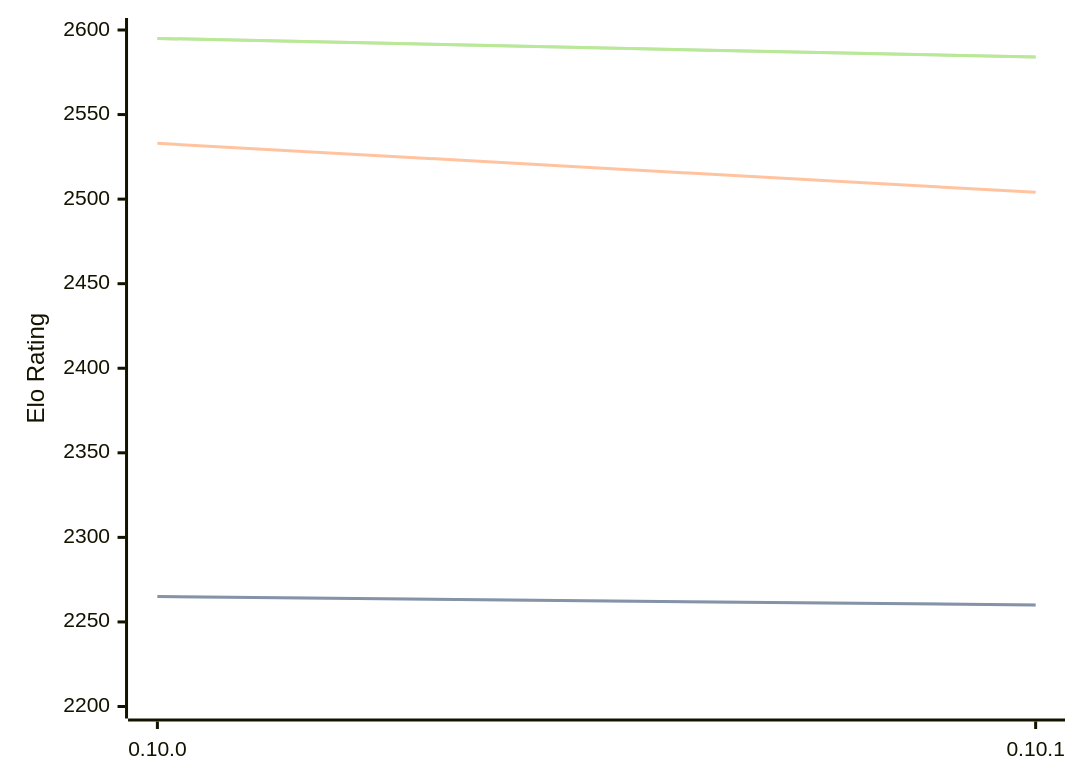
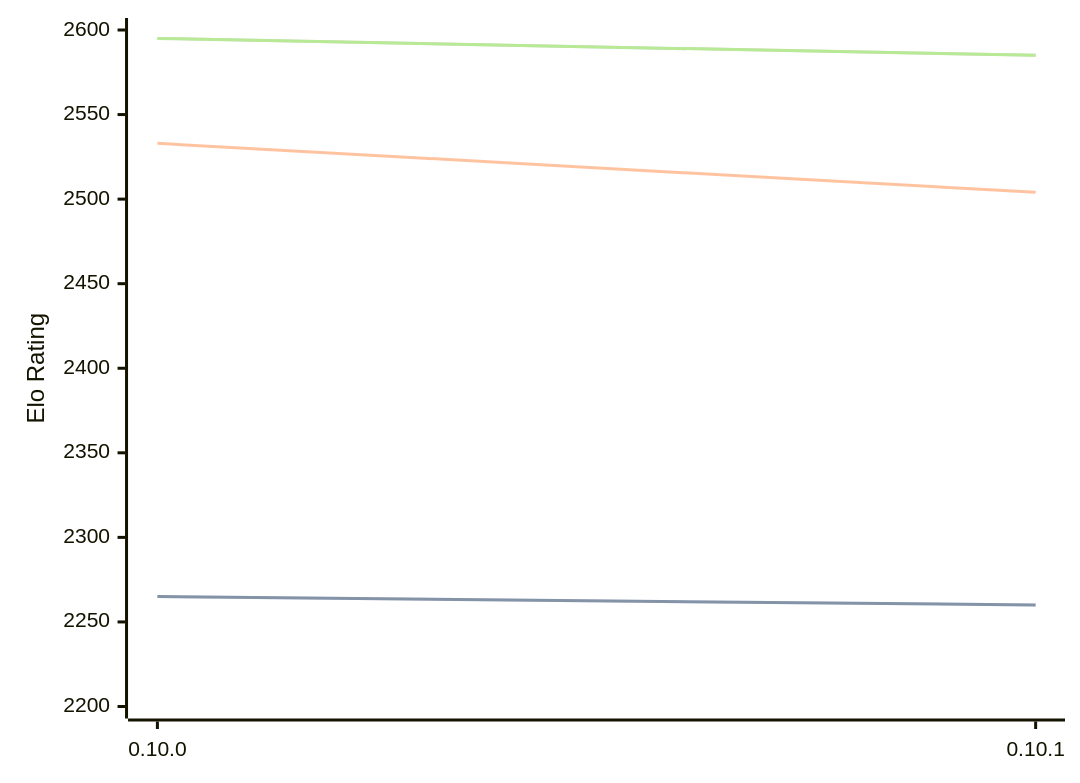
The third of 3 diagrams in engines/Fatalii.md (computer-chess-index/cci), drawn with Mermaid before and after one commit. The commit also changed other lines of this file, not shown here.

Commit message:
Update CCI Ratings (ELO VLTC) - 2026-07-04

````diff
--- a/engines/Fatalii.md
+++ b/engines/Fatalii.md
@@ -79,11 +79,11 @@
 ```mermaid
 %%{init: {"theme":"base","themeVariables":{"seriesColors:['#a3a3a3','#222221','#faa371']}}}%%
 xychart-beta
   x-axis ["0.10.0", "0.10.1"]
   y-axis "Elo Rating" 2200 --> 2600
   line "STC (8.0+0.08s)" [2265, 2260]
   line "STC (8.0+0.08s)" [2265, 2260]
   line "LTC (60.0+0.60s)" [2533, 2504]
-  line "VLTC (2m24s+1.12s)" [2595, 2584]
-  line "VLTC (2m24s+1.12s)" [2595, 2584]
+  line "VLTC (2m24s+1.12s)" [2595, 2585]
+  line "VLTC (2m24s+1.12s)" [2595, 2585]
 ```
````
